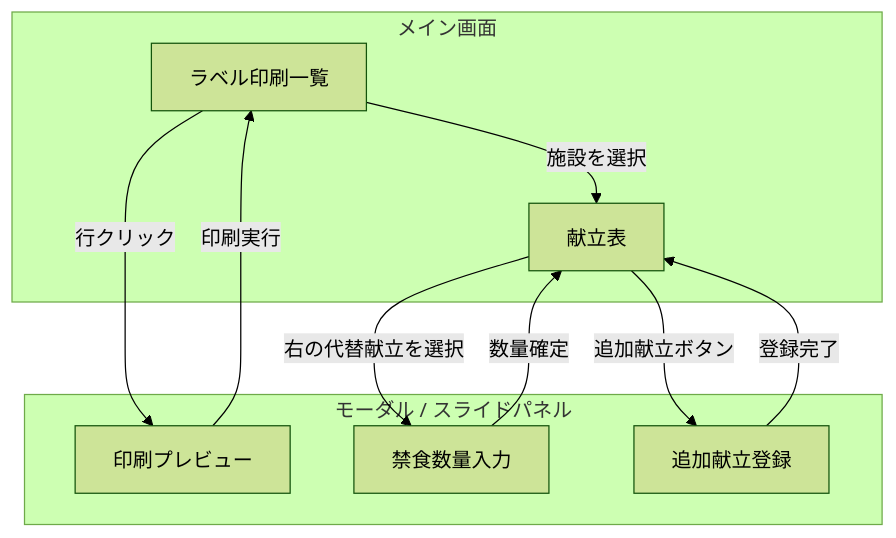
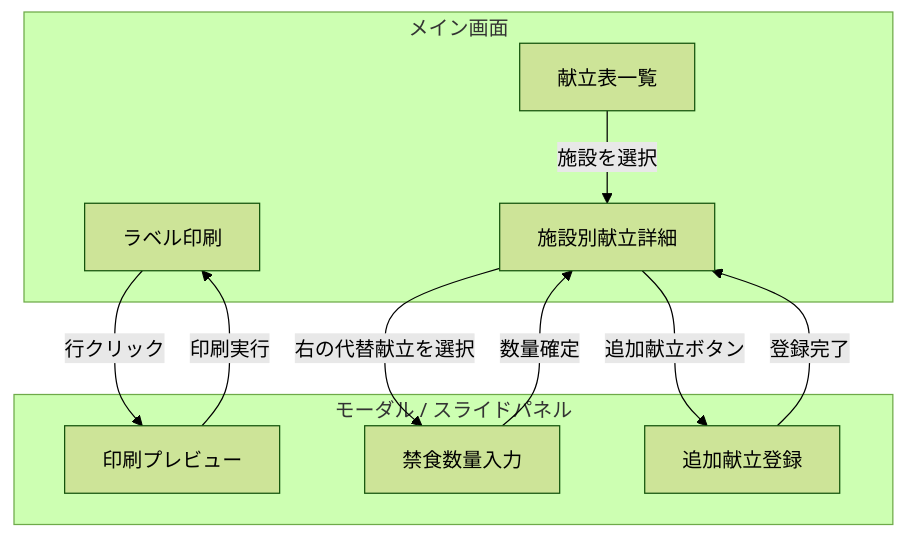
Before and after one commit to Naoki-Ii/mealcs-kintone: the second of 3 diagrams in docs/layout-proposal.md, drawn with Mermaid (forest theme). The commit also changed other lines of this file and 3 other files, not shown here.

````diff
--- a/docs/layout-proposal.md
+++ b/docs/layout-proposal.md
@@ -42,21 +42,22 @@
 ```mermaid
 flowchart TB
     subgraph main[メイン画面]
-        A[ラベル印刷一覧]
-        B[献立表]
+        A[ラベル印刷]
+        B[献立表一覧]
+        C[施設別献立詳細]
     end
 
     subgraph modal[モーダル / スライドパネル]
-        C[印刷プレビュー]
-        D[禁食数量入力]
-        E[追加献立登録]
+        D[印刷プレビュー]
+        E[禁食数量入力]
+        F[追加献立登録]
     end
 
-    A -->|行クリック| C
-    A -->|施設を選択| B
-    B -->|右の代替献立を選択| D
-    B -->|追加献立ボタン| E
-    C -->|印刷実行| A
-    D -->|数量確定| B
-    E -->|登録完了| B
+    A -->|行クリック| D
+    B -->|施設を選択| C
+    C -->|右の代替献立を選択| E
+    C -->|追加献立ボタン| F
+    D -->|印刷実行| A
+    E -->|数量確定| C
+    F -->|登録完了| C
 ```
````
